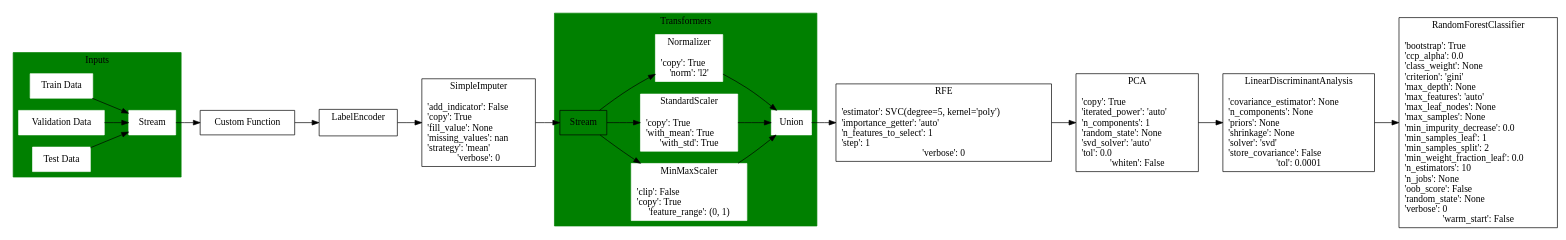
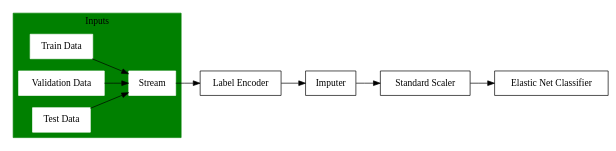
The diagram in ml_pipeline_params.gv (TharunKumarReddy5/ml-pipeline-analyzer), drawn with Graphviz before and after one commit. The commit also changed 6 other files, not shown here.

```diff
--- a/ml_pipeline_params.gv
+++ b/ml_pipeline_params.gv
@@ -1,65 +1,23 @@
 digraph G {
 	graph [rankdir=LR]
 	subgraph cluster_Inputs {
 		node [color=white style=filled]
 		URL="https://stackoverflow.com" color=green style=filled
 		streamout_Inputs [label=Stream shape=box]
 		Inputs0 [label="Train Data" shape=box]
 		Inputs0 -> streamout_Inputs
 		Inputs1 [label="Validation Data" shape=box]
 		Inputs1 -> streamout_Inputs
 		Inputs2 [label="Test Data" shape=box]
 		Inputs2 -> streamout_Inputs
 		URL="https://stackoverflow.com" label=Inputs
 	}
-	None [label="Custom Function" shape=box]
-	streamout_Inputs -> None
-	"LabelEncoder()" [label="LabelEncoder
-
-" shape=box]
-	None -> "LabelEncoder()"
-	"SimpleImputer()" [label="SimpleImputer
-
-'add_indicator': False\l'copy': True\l'fill_value': None\l'missing_values': nan\l'strategy': 'mean'\l'verbose': 0" shape=box]
-	"LabelEncoder()" -> "SimpleImputer()"
-	"SimpleImputer()" -> streamin_Transformers
-	subgraph cluster_Transformers {
-		node [color=white style=filled]
-		URL="https://stackoverflow.com" color=green style=filled
-		streamout_Transformers [label=Stream shape=box]
-		streamin_Transformers [label=Stream shape=box]
-		streamout_Transformers [label=Union shape=box]
-		Transformers0 [label="MinMaxScaler
-
-'clip': False\l'copy': True\l'feature_range': (0, 1)" shape=box]
-		streamin_Transformers -> Transformers0
-		Transformers0 -> streamout_Transformers
-		Transformers1 [label="StandardScaler
-
-'copy': True\l'with_mean': True\l'with_std': True" shape=box]
-		streamin_Transformers -> Transformers1
-		Transformers1 -> streamout_Transformers
-		Transformers2 [label="Normalizer
-
-'copy': True\l'norm': 'l2'" shape=box]
-		streamin_Transformers -> Transformers2
-		Transformers2 -> streamout_Transformers
-		URL="https://stackoverflow.com" label=Transformers
-	}
-	"RFE(estimator=SVC(degree=5, kernel='poly'), n_features_to_select=1)" [label="RFE
-
-'estimator': SVC(degree=5, kernel='poly')\l'importance_getter': 'auto'\l'n_features_to_select': 1\l'step': 1\l'verbose': 0" shape=box]
-	streamout_Transformers -> "RFE(estimator=SVC(degree=5, kernel='poly'), n_features_to_select=1)"
-	"PCA(n_components=1)" [label="PCA
-
-'copy': True\l'iterated_power': 'auto'\l'n_components': 1\l'random_state': None\l'svd_solver': 'auto'\l'tol': 0.0\l'whiten': False" shape=box]
-	"RFE(estimator=SVC(degree=5, kernel='poly'), n_features_to_select=1)" -> "PCA(n_components=1)"
-	"LinearDiscriminantAnalysis()" [label="LinearDiscriminantAnalysis
-
-'covariance_estimator': None\l'n_components': None\l'priors': None\l'shrinkage': None\l'solver': 'svd'\l'store_covariance': False\l'tol': 0.0001" shape=box]
-	"PCA(n_components=1)" -> "LinearDiscriminantAnalysis()"
-	"RandomForestClassifier(n_estimators=10)" [label="RandomForestClassifier
-
-'bootstrap': True\l'ccp_alpha': 0.0\l'class_weight': None\l'criterion': 'gini'\l'max_depth': None\l'max_features': 'auto'\l'max_leaf_nodes': None\l'max_samples': None\l'min_impurity_decrease': 0.0\l'min_samples_leaf': 1\l'min_samples_split': 2\l'min_weight_fraction_leaf': 0.0\l'n_estimators': 10\l'n_jobs': None\l'oob_score': False\l'random_state': None\l'verbose': 0\l'warm_start': False" shape=box]
-	"LinearDiscriminantAnalysis()" -> "RandomForestClassifier(n_estimators=10)"
+	"Label Encoder" [label="Label Encoder" shape=box]
+	streamout_Inputs -> "Label Encoder"
+	Imputer [label=Imputer shape=box]
+	"Label Encoder" -> Imputer
+	"Standard Scaler" [label="Standard Scaler" shape=box]
+	Imputer -> "Standard Scaler"
+	"Elastic Net Classifier" [label="Elastic Net Classifier" shape=box]
+	"Standard Scaler" -> "Elastic Net Classifier"
 }
```
